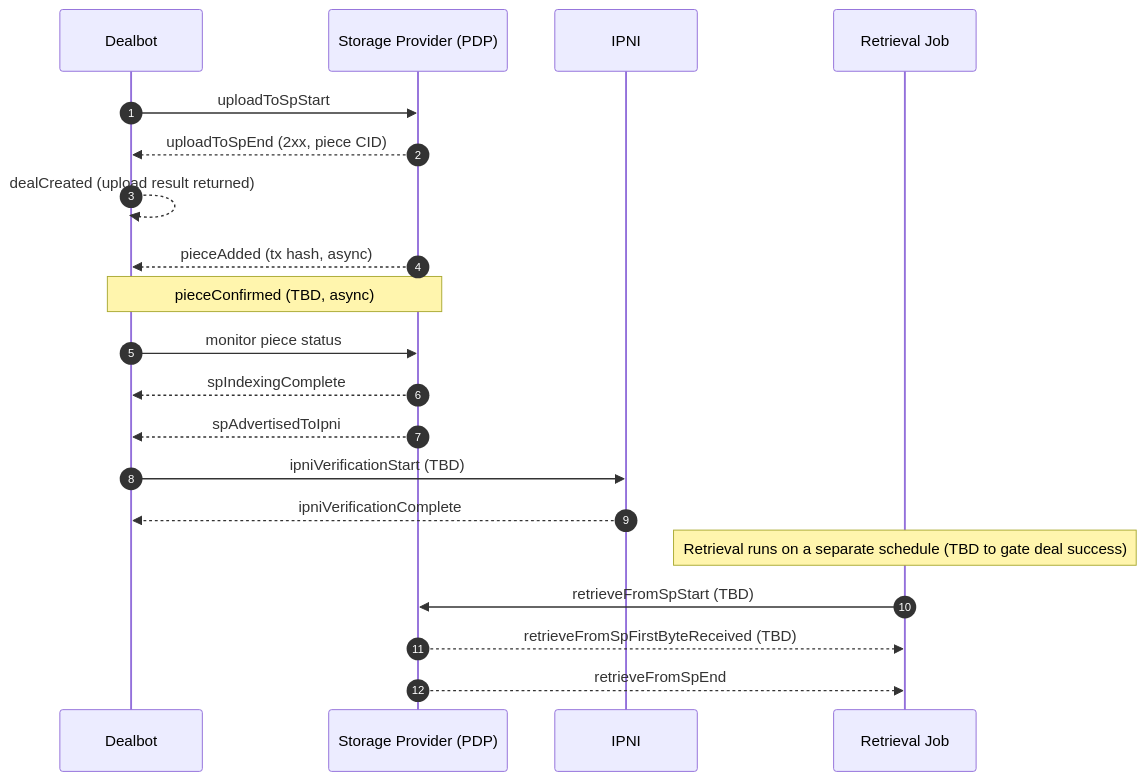
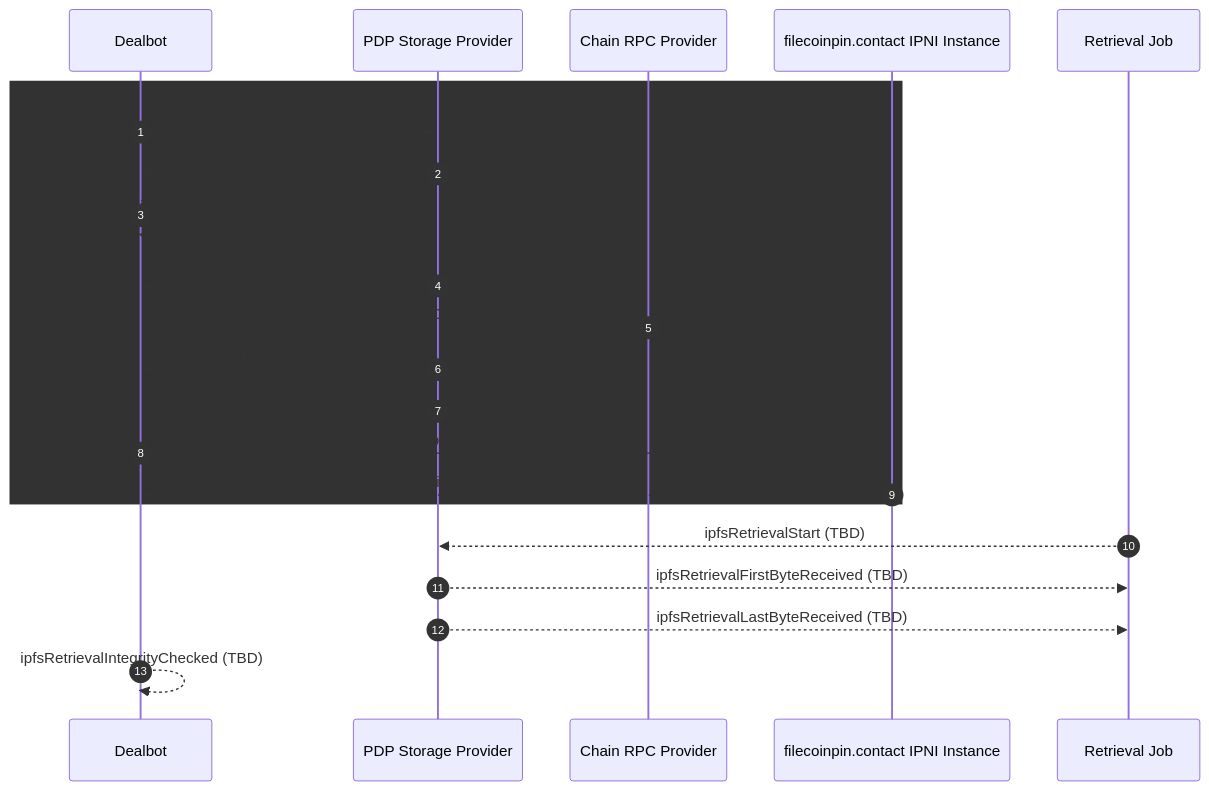
Before and after one commit to FilOzone/dealbot: the diagram in docs/checks/events-and-metrics.md, drawn with Mermaid. The commit also changed other lines of this file and 3 other files, not shown here.

First line of the commit message:
docs: explain deal status as composite of sub-statuses with branching flow

````diff
--- a/docs/checks/events-and-metrics.md
+++ b/docs/checks/events-and-metrics.md
@@ -13,24 +13,27 @@
 ```mermaid
 sequenceDiagram
   autonumber
   participant Dealbot
-  participant SP as Storage Provider (PDP)
-  participant IPNI
+  participant SP as PDP Storage Provider
+  participant RPC as Chain RPC Provider
+  participant IPNI as filecoinpin.contact IPNI Instance
   participant Retrieval as Retrieval Job
 
-  Dealbot->>SP: uploadToSpStart
-  SP-->>Dealbot: uploadToSpEnd (2xx, piece CID)
-  Dealbot-->>Dealbot: dealCreated (upload result returned)
-  SP-->>Dealbot: pieceAdded (tx hash, async)
-  Note over SP,Dealbot: pieceConfirmed (TBD, async)
-  Dealbot->>SP: monitor piece status
-  SP-->>Dealbot: spIndexingComplete
-  SP-->>Dealbot: spAdvertisedToIpni
-  Dealbot->>IPNI: ipniVerificationStart (TBD)
-  IPNI-->>Dealbot: ipniVerificationComplete
+  rect rgb(50, 50, 50)
+    %% Data Storage Only
+    Dealbot->>SP: uploadToSpStart
+    SP-->>Dealbot: uploadToSpEnd (2xx, piece CID)
+    Dealbot-->>Dealbot: dealCreated (upload result returned)
+    SP-->>Dealbot: pieceAdded (tx hash, async)
+    RPC-->>Dealbot: pieceConfirmed (TBD, async)
+    SP-->>Dealbot: spIndexingComplete
+    SP-->>Dealbot: spAnnouncedAdvertisementToIpni
+    Dealbot->>IPNI: ipniVerificationStart (TBD)
+    IPNI-->>Dealbot: ipniVerificationComplete
+  end
 
-  Note over Retrieval: Retrieval runs on a separate schedule (TBD to gate deal success)
-  Retrieval->>SP: retrieveFromSpStart (TBD)
-  SP-->>Retrieval: retrieveFromSpFirstByteReceived (TBD)
-  SP-->>Retrieval: retrieveFromSpEnd
+  Retrieval-->>SP: ipfsRetrievalStart (TBD)
+  SP-->>Retrieval: ipfsRetrievalFirstByteReceived (TBD)
+  SP-->>Retrieval: ipfsRetrievalLastByteReceived (TBD)
+  Dealbot-->>Dealbot: ipfsRetrievalIntegrityChecked (TBD)
 ```
````
